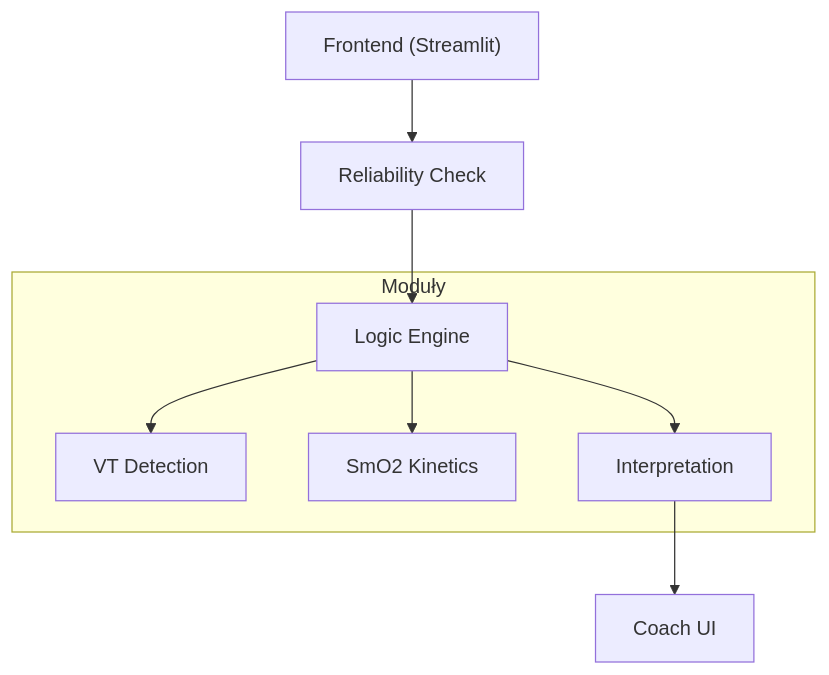
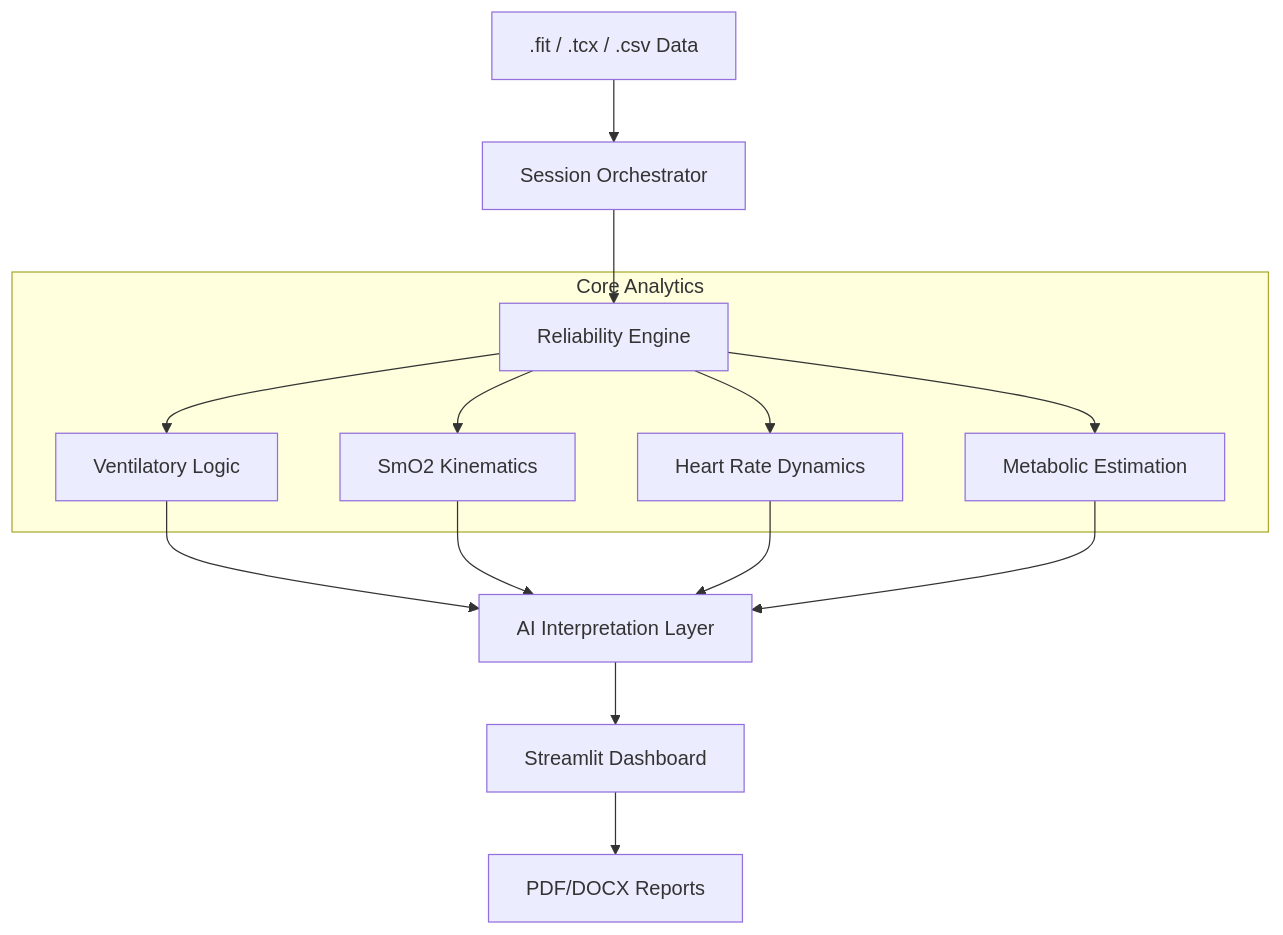
One commit to WielkiKrzych/Tri_Dashboard changed the diagram in README.md. Above: the diagram before and after it, drawn with Mermaid. The commit also changed other lines of this file, not shown here.

Commit message:
docs: Overhaul README with English translation, expanded features, new HRV module, tech stack, and developer guide.

````diff
--- a/README.md
+++ b/README.md
@@ -31,13 +36,16 @@
 ```mermaid
 graph TD
-    UI["Frontend (Streamlit)"] --> Quality["Reliability Check"]
-    Quality --> Analysis["Logic Engine"]
+    Data[".fit / .tcx / .csv Data"] --> Orchestrator["Session Orchestrator"]
+    Orchestrator --> Quality["Reliability Engine"]
     
-    subgraph "Moduły"
-        Analysis --> VT["VT Detection"]
-        Analysis --> SmO2["SmO2 Kinetics"]
-        Analysis --> Interpret["Interpretation"]
+    subgraph "Core Analytics"
+        Quality --> VT["Ventilatory Logic"]
+        Quality --> NIRS["SmO2 Kinematics"]
+        Quality --> HRV["Heart Rate Dynamics"]
+        Quality --> Metabolic["Metabolic Estimation"]
     end
     
-    Interpret --> Coach["Coach UI"]
+    VT & NIRS & HRV & Metabolic --> Intepretation["AI Interpretation Layer"]
+    Intepretation --> UI["Streamlit Dashboard"]
+    UI --> PDF["PDF/DOCX Reports"]
 ```
````
